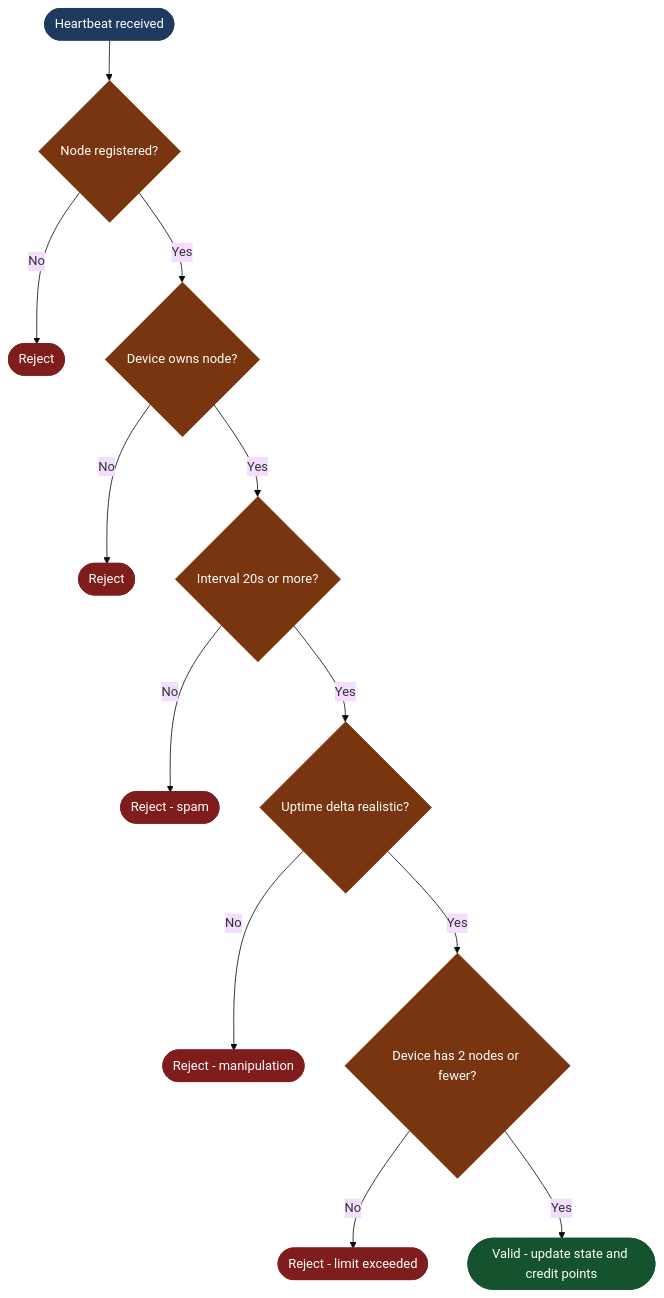
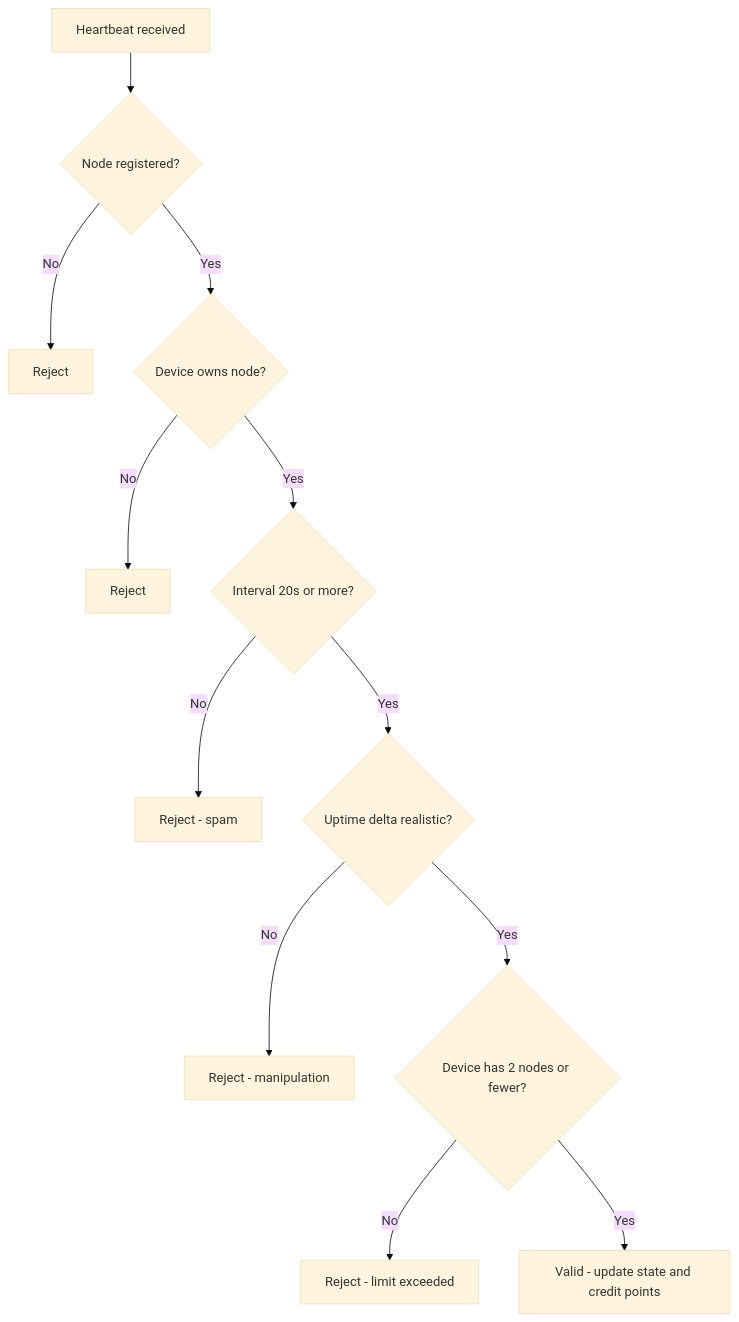
One commit to Nexora-Node/Docs changed the third of 4 diagrams in node-behavior.md. Above: the diagram before and after it, drawn with Mermaid (base theme). The commit also changed other lines of this file and 5 other files, not shown here.

Commit message:
docs: remove all custom styles, simplify diagrams for clean GitBook render

````diff
--- a/node-behavior.md
+++ b/node-behavior.md
@@ -61,27 +44,14 @@
 ```mermaid
 flowchart TD
-    A([Heartbeat received]) --> B{Node registered?}
-    B -->|No| R1([Reject])
+    A[Heartbeat received] --> B{Node registered?}
+    B -->|No| B1[Reject]
     B -->|Yes| C{Device owns node?}
-    C -->|No| R2([Reject])
+    C -->|No| C1[Reject]
     C -->|Yes| D{Interval 20s or more?}
-    D -->|No| R3([Reject - spam])
+    D -->|No| D1[Reject - spam]
     D -->|Yes| E{Uptime delta realistic?}
-    E -->|No| R4([Reject - manipulation])
+    E -->|No| E1[Reject - manipulation]
     E -->|Yes| F{Device has 2 nodes or fewer?}
-    F -->|No| R5([Reject - limit exceeded])
-    F -->|Yes| G([Valid - update state and credit points])
-
-    style A fill:#1e3a5f,stroke:#1e3a5f,color:#fff
-    style G fill:#14532d,stroke:#14532d,color:#fff
-    style R1 fill:#7f1d1d,stroke:#7f1d1d,color:#fff
-    style R2 fill:#7f1d1d,stroke:#7f1d1d,color:#fff
-    style R3 fill:#7f1d1d,stroke:#7f1d1d,color:#fff
-    style R4 fill:#7f1d1d,stroke:#7f1d1d,color:#fff
-    style R5 fill:#7f1d1d,stroke:#7f1d1d,color:#fff
-    style B fill:#78350f,stroke:#78350f,color:#fff
-    style C fill:#78350f,stroke:#78350f,color:#fff
-    style D fill:#78350f,stroke:#78350f,color:#fff
-    style E fill:#78350f,stroke:#78350f,color:#fff
-    style F fill:#78350f,stroke:#78350f,color:#fff
+    F -->|No| F1[Reject - limit exceeded]
+    F -->|Yes| G[Valid - update state and credit points]
 ```
````
